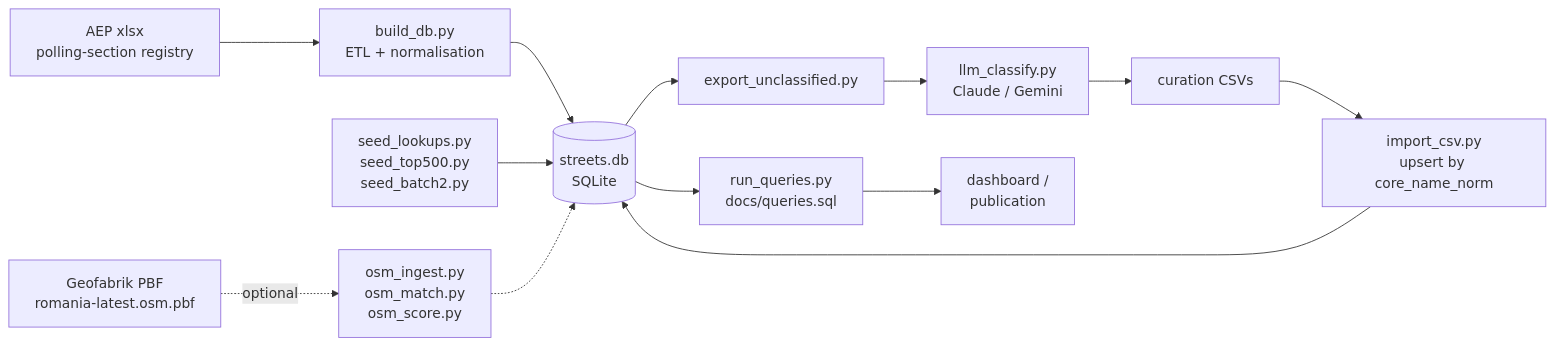
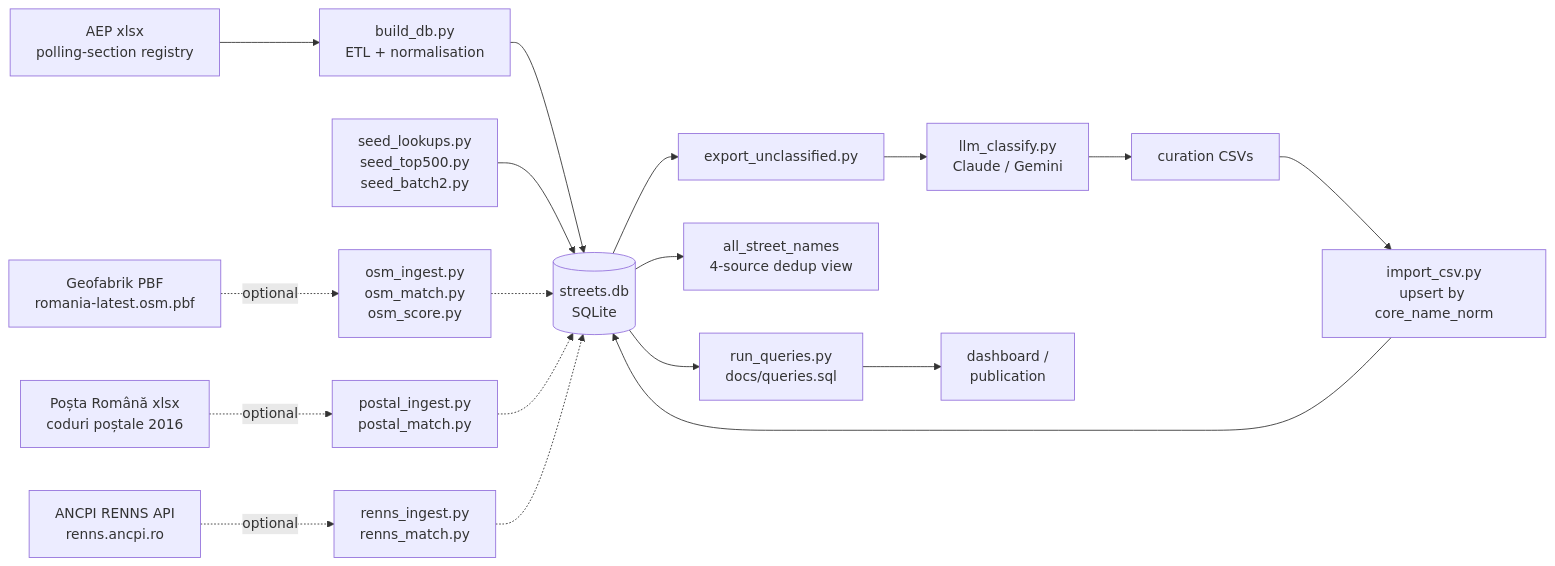
The first of 5 diagrams in README.md (gov2-ro/nume-strazi), drawn with Mermaid before and after one commit. The commit also changed other lines of this file and 22 other files, not shown here.

First line of the commit message:
docs: refresh README for postal/RENNS; fix curation-restore regression

````diff
--- a/README.md
+++ b/README.md
@@ -40,21 +46,29 @@
 ```mermaid
 flowchart LR
     XLSX["AEP xlsx<br/>polling-section registry"]
     PBF["Geofabrik PBF<br/>romania-latest.osm.pbf"]
+    POSTALXLSX["Poșta Română xlsx<br/>coduri poștale 2016"]
+    RENNSAPI["ANCPI RENNS API<br/>renns.ancpi.ro"]
     BUILD["build_db.py<br/>ETL + normalisation"]
     SEED["seed_lookups.py<br/>seed_top500.py<br/>seed_batch2.py"]
     DB[("streets.db<br/>SQLite")]
     EXP["export_unclassified.py"]
     LLM["llm_classify.py<br/>Claude / Gemini"]
     CSV["curation CSVs"]
     IMP["import_csv.py<br/>upsert by core_name_norm"]
     OSM["osm_ingest.py<br/>osm_match.py<br/>osm_score.py"]
+    POSTAL["postal_ingest.py<br/>postal_match.py"]
+    RENNS["renns_ingest.py<br/>renns_match.py"]
+    ASN["all_street_names<br/>4-source dedup view"]
     Q["run_queries.py<br/>docs/queries.sql"]
     OUT["dashboard /<br/>publication"]
 
     XLSX --> BUILD --> DB
     SEED --> DB
     DB --> EXP --> LLM --> CSV --> IMP --> DB
     PBF -.optional.-> OSM -.-> DB
+    POSTALXLSX -.optional.-> POSTAL -.-> DB
+    RENNSAPI -.optional.-> RENNS -.-> DB
+    DB --> ASN
     DB --> Q --> OUT
 ```
````
